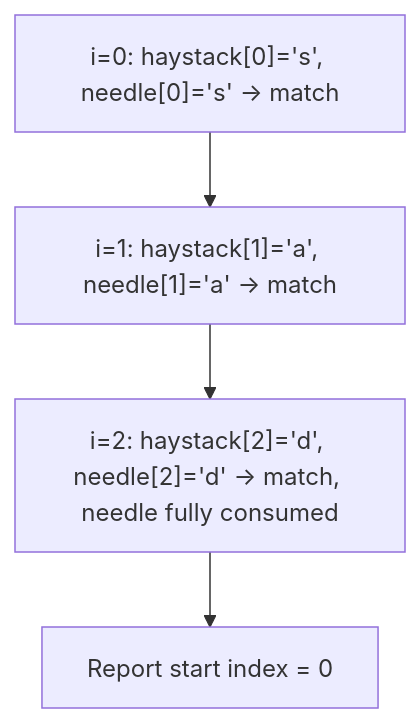
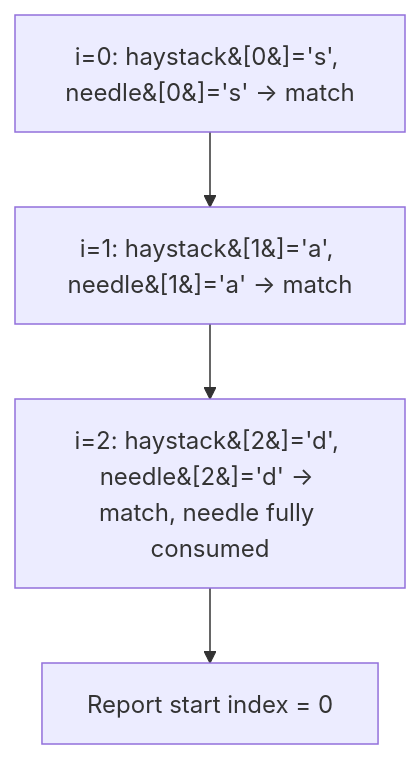
Before and after one commit to Aryan-Jadon18/dsa-placement-prep: the diagram in topics/19-strings-pattern-matching/01-find-the-index-of-the-first-occurrence-in-a-string/README.md, drawn with Mermaid. The commit also changed 52 other files, not shown here.

First line of the commit message:
Fix Mermaid diagrams not rendering on GitHub

````diff
--- a/topics/19-strings-pattern-matching/01-find-the-index-of-the-first-occurrence-in-a-string/README.md
+++ b/topics/19-strings-pattern-matching/01-find-the-index-of-the-first-occurrence-in-a-string/README.md
@@ -54,6 +54,6 @@
 ```mermaid
 flowchart TD
-    A["i=0: haystack[0]='s', needle[0]='s' -> match"] --> B["i=1: haystack[1]='a', needle[1]='a' -> match"]
-    B --> C["i=2: haystack[2]='d', needle[2]='d' -> match, needle fully consumed"]
+    A["i=0: haystack&#91;0&#93;='s', needle&#91;0&#93;='s' -> match"] --> B["i=1: haystack&#91;1&#93;='a', needle&#91;1&#93;='a' -> match"]
+    B --> C["i=2: haystack&#91;2&#93;='d', needle&#91;2&#93;='d' -> match, needle fully consumed"]
     C --> D["Report start index = 0"]
 ```
````
